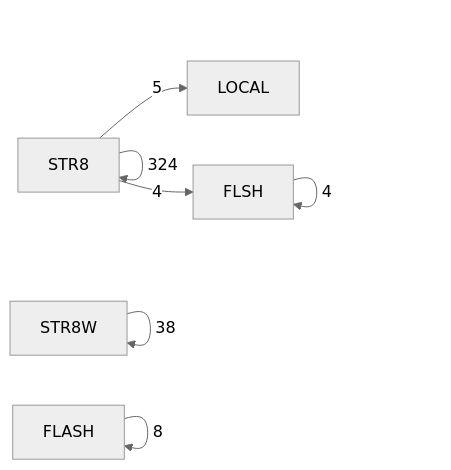
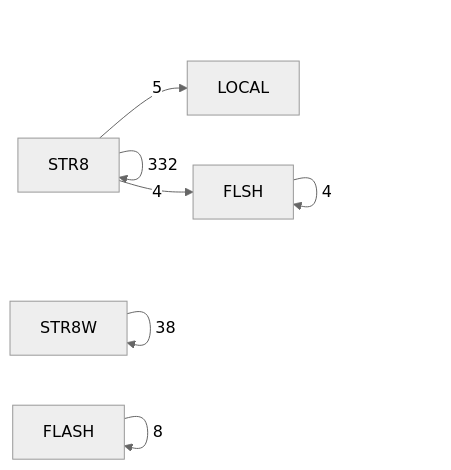
Before and after one commit to 95westus/R-YORS: the fifth of 6 diagrams in DOC/GENERATED/ROUTINE_CLASS_DIAGRAM.md, drawn with Mermaid (neutral theme). The commit also changed other lines of this file and 24 other files, not shown here.

````diff
--- a/DOC/GENERATED/ROUTINE_CLASS_DIAGRAM.md
+++ b/DOC/GENERATED/ROUTINE_CLASS_DIAGRAM.md
@@ -77,9 +77,9 @@
 ```mermaid
 flowchart LR
-    P_STR8[STR8] -->|324| P_STR8[STR8]
+    P_STR8[STR8] -->|332| P_STR8[STR8]
     P_STR8W[STR8W] -->|38| P_STR8W[STR8W]
     P_FLASH[FLASH] -->|8| P_FLASH[FLASH]
     P_STR8[STR8] -->|5| P_LOCAL[LOCAL]
     P_FLSH[FLSH] -->|4| P_FLSH[FLSH]
     P_STR8[STR8] -->|4| P_FLSH[FLSH]
 ```
````
